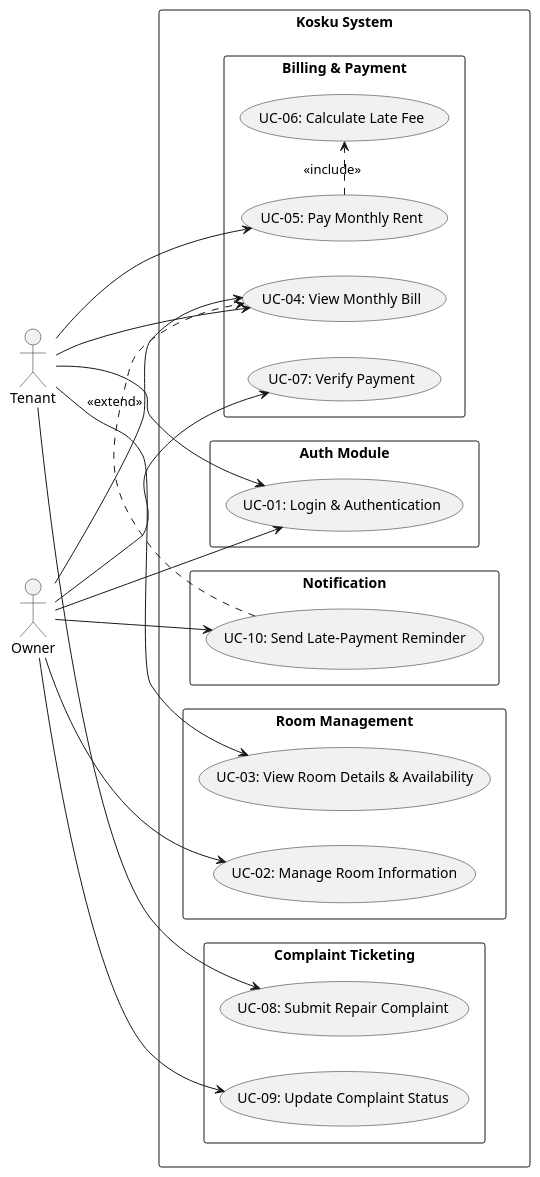
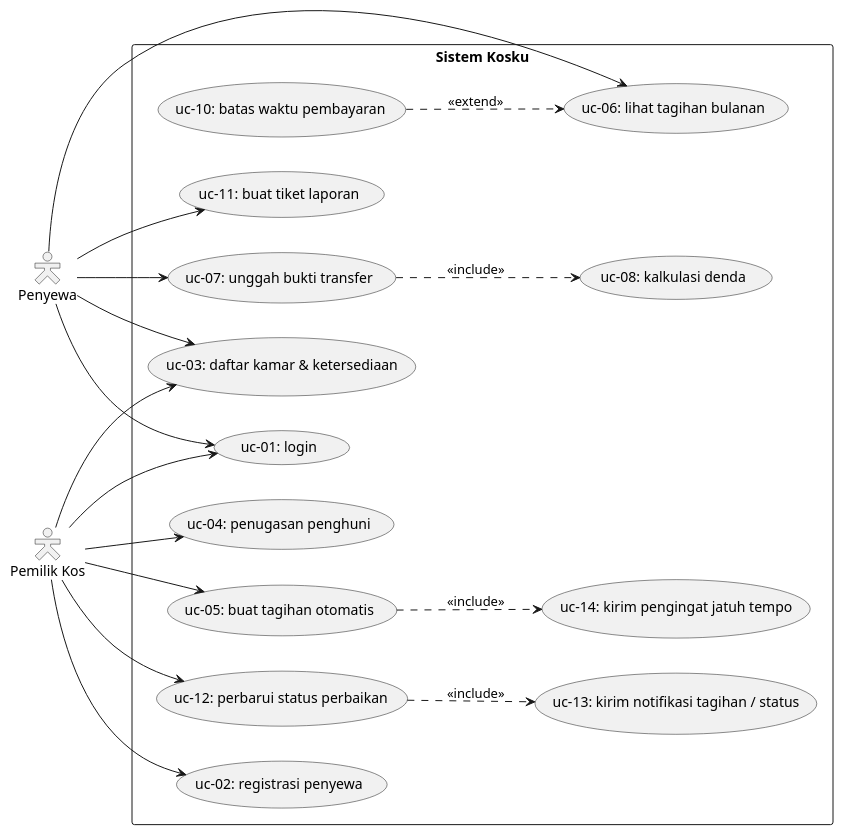
One commit to RIOU-CODER/kosku changed the diagram in docs/diagram/D3_Use_Case_Diagram.md. Above: the diagram before and after it, drawn with PlantUML.

````diff
--- a/docs/diagram/D3_Use_Case_Diagram.md
+++ b/docs/diagram/D3_Use_Case_Diagram.md
@@ -1,54 +2,54 @@
-```plantuml
 @startuml
 left to right direction
 skinparam packageStyle rectangle
+skinparam shadowing false
+skinparam actorStyle hollow
 
-actor "Tenant" as tenant
-actor "Owner" as owner
+' Aktor
+actor "Penyewa" as Penyewa
+actor "Pemilik Kos" as Pemilik
 
-rectangle "Kosku System" {
-
-  package "Auth Module" {
-    usecase "UC-01: Login & Authentication" as UC1
-  }
-
-  package "Room Management" {
-    usecase "UC-02: Manage Room Information" as UC2
-    usecase "UC-03: View Room Details & Availability" as UC3
-  }
-
-  package "Billing & Payment" {
-    usecase "UC-04: View Monthly Bill" as UC4
-    usecase "UC-05: Pay Monthly Rent" as UC5
-    usecase "UC-06: Calculate Late Fee" as UC6
-    usecase "UC-07: Verify Payment" as UC7
-  }
-
-  package "Complaint Ticketing" {
-    usecase "UC-08: Submit Repair Complaint" as UC8
-    usecase "UC-09: Update Complaint Status" as UC9
-  }
-
-  package "Notification" {
-    usecase "UC-10: Send Late-Payment Reminder" as UC10
-  }
+rectangle "Sistem Kosku" {
+    ' Manajemen Akun & Kamar
+    usecase "uc-01: login" as uc1
+    usecase "uc-02: registrasi penyewa" as uc2
+    usecase "uc-03: daftar kamar & ketersediaan" as uc3
+    
+    ' Pengelolaan Pemilik Kos
+    usecase "uc-04: penugasan penghuni" as uc4
+    usecase "uc-05: buat tagihan otomatis" as uc5
+    usecase "uc-12: perbarui status perbaikan" as uc12
+    
+    ' Aktivitas & Keuangan Penyewa
+    usecase "uc-06: lihat tagihan bulanan" as uc6
+    usecase "uc-07: unggah bukti transfer" as uc7
+    usecase "uc-08: kalkulasi denda" as uc8
+    usecase "uc-10: batas waktu pembayaran" as uc10
+    usecase "uc-11: buat tiket laporan" as uc11
+    
+    ' Use Case Notifikasi (Tambahan Baru)
+    usecase "uc-13: kirim notifikasi tagihan / status" as uc13
+    usecase "uc-14: kirim pengingat jatuh tempo" as uc14
 }
 
-tenant --> UC1
-tenant --> UC3
-tenant --> UC4
-tenant --> UC5
-tenant --> UC8
+' Relasi Aktor Penyewa
+Penyewa --> uc1
+Penyewa --> uc3
+Penyewa --> uc6
+Penyewa --> uc7
+Penyewa --> uc11
 
-owner --> UC1
-owner --> UC2
-owner --> UC4
-owner --> UC7
-owner --> UC9
-owner --> UC10
+' Relasi Aktor Pemilik Kos
+Pemilik --> uc1
+Pemilik --> uc2
+Pemilik --> uc3
+Pemilik --> uc4
+Pemilik --> uc5
+Pemilik --> uc12
 
-UC5 .> UC6 : <<include>>
-UC10 .> UC4 : <<extend>>
-
+' Relasi Antar Use Case (Include & Extend)
+uc7 ..> uc8 : "<<include>>"
+uc10 ..> uc6 : "<<extend>>"
+uc5 ..> uc14 : "<<include>>"
+uc12 ..> uc13 : "<<include>>"
 @enduml
-```
````
